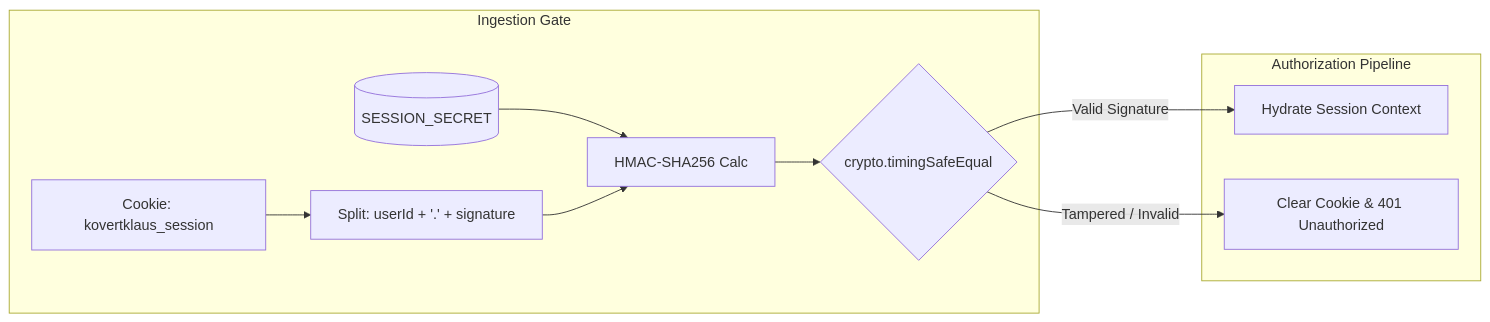
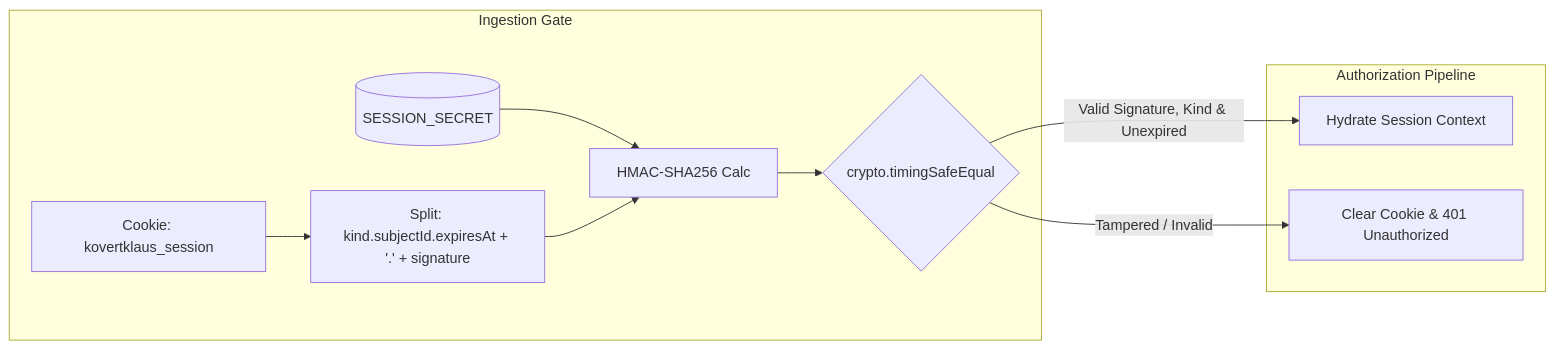
The third of 3 diagrams in docs/ARCHITECTURE.md (MrJSimpson/KovertKlaus), drawn with Mermaid before and after one commit. The commit also changed other lines of this file and 7 other files, not shown here.

````diff
--- a/docs/ARCHITECTURE.md
+++ b/docs/ARCHITECTURE.md
@@ -89,14 +89,14 @@
 ```mermaid
 flowchart LR
     subgraph Ingestion Gate
-        Cookie[Cookie: kovertklaus_session] --> Split[Split: userId + '.' + signature]
+        Cookie[Cookie: kovertklaus_session] --> Split[Split: kind.subjectId.expiresAt + '.' + signature]
         Secret[(SESSION_SECRET)] --> Calc[HMAC-SHA256 Calc]
         Split --> Calc
         Calc --> Comp{crypto.timingSafeEqual}
     end
 
     subgraph Authorization Pipeline
-        Comp -->|Valid Signature| Hydrate[Hydrate Session Context]
+        Comp -->|Valid Signature, Kind & Unexpired| Hydrate[Hydrate Session Context]
         Comp -->|Tampered / Invalid| Reject[Clear Cookie & 401 Unauthorized]
     end
 ```
````
